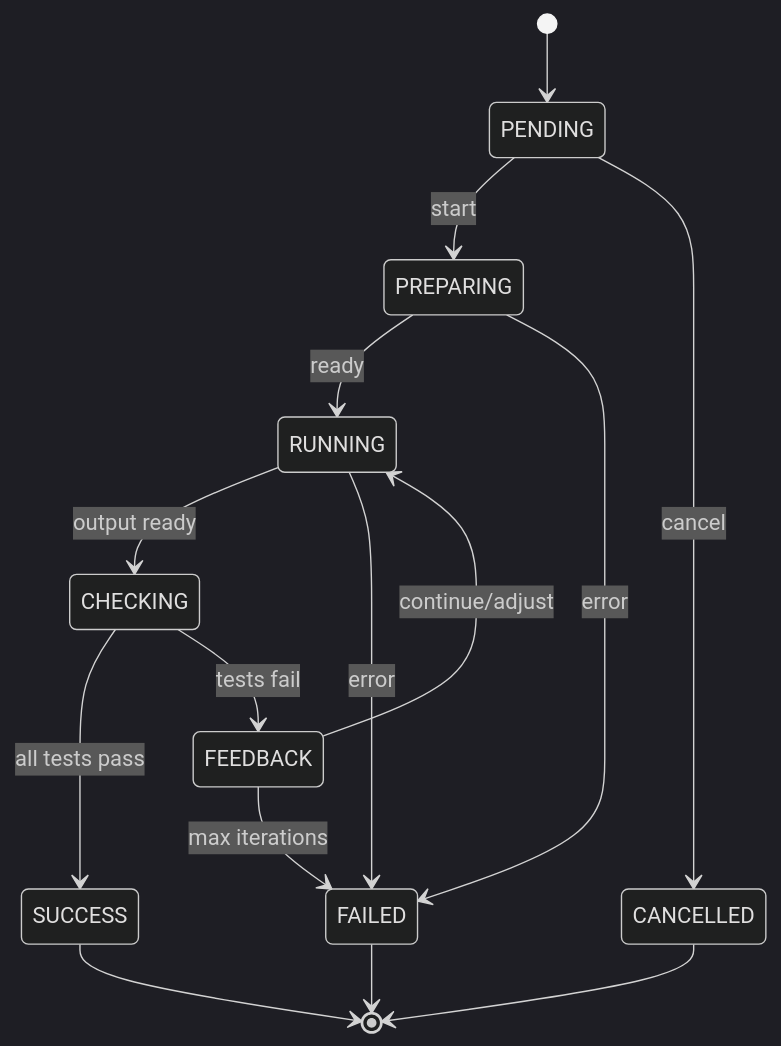
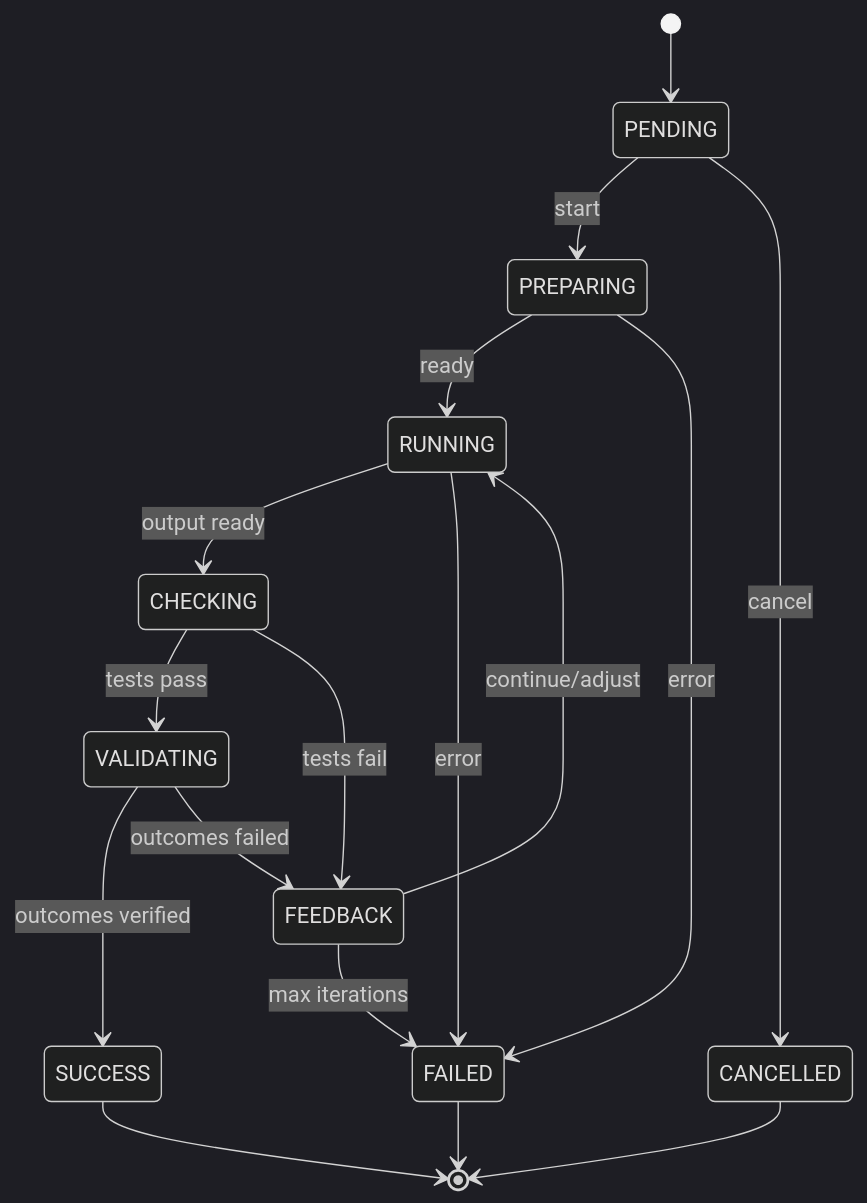
The first of 2 diagrams in docs/arch/04-task-lifecycle.md (dshcherbatiuk/forgemaster), drawn with Mermaid (dark theme) before and after one commit. The commit also changed other lines of this file and 8 other files, not shown here.

````diff
--- a/docs/arch/04-task-lifecycle.md
+++ b/docs/arch/04-task-lifecycle.md
@@ -54,22 +54,25 @@
 ```mermaid
 stateDiagram-v2
     [*] --> PENDING
     PENDING --> PREPARING: start
     PENDING --> CANCELLED: cancel
 
     PREPARING --> RUNNING: ready
     PREPARING --> FAILED: error
 
     RUNNING --> CHECKING: output ready
     RUNNING --> FAILED: error
 
-    CHECKING --> SUCCESS: all tests pass
+    CHECKING --> VALIDATING: tests pass
     CHECKING --> FEEDBACK: tests fail
+
+    VALIDATING --> SUCCESS: outcomes verified
+    VALIDATING --> FEEDBACK: outcomes failed
 
     FEEDBACK --> RUNNING: continue/adjust
     FEEDBACK --> FAILED: max iterations
 
     SUCCESS --> [*]
     FAILED --> [*]
     CANCELLED --> [*]
 ```
````
